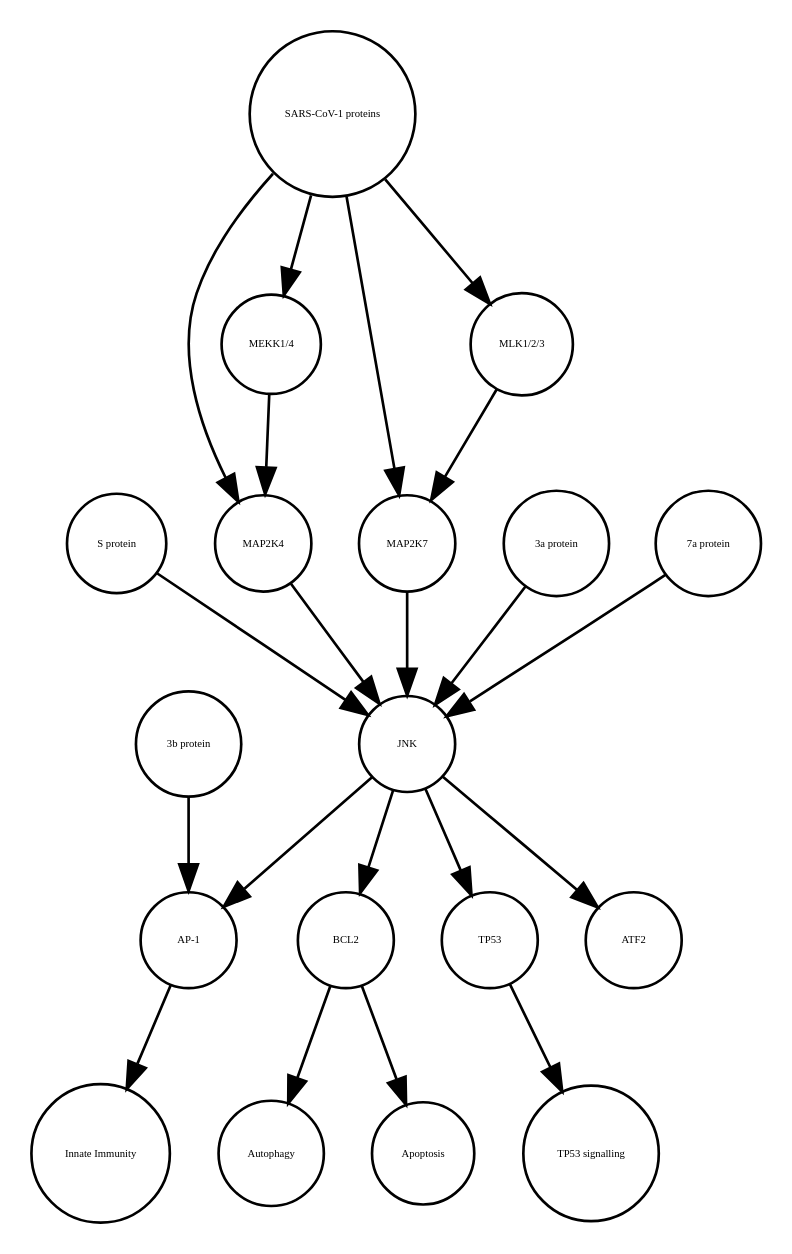
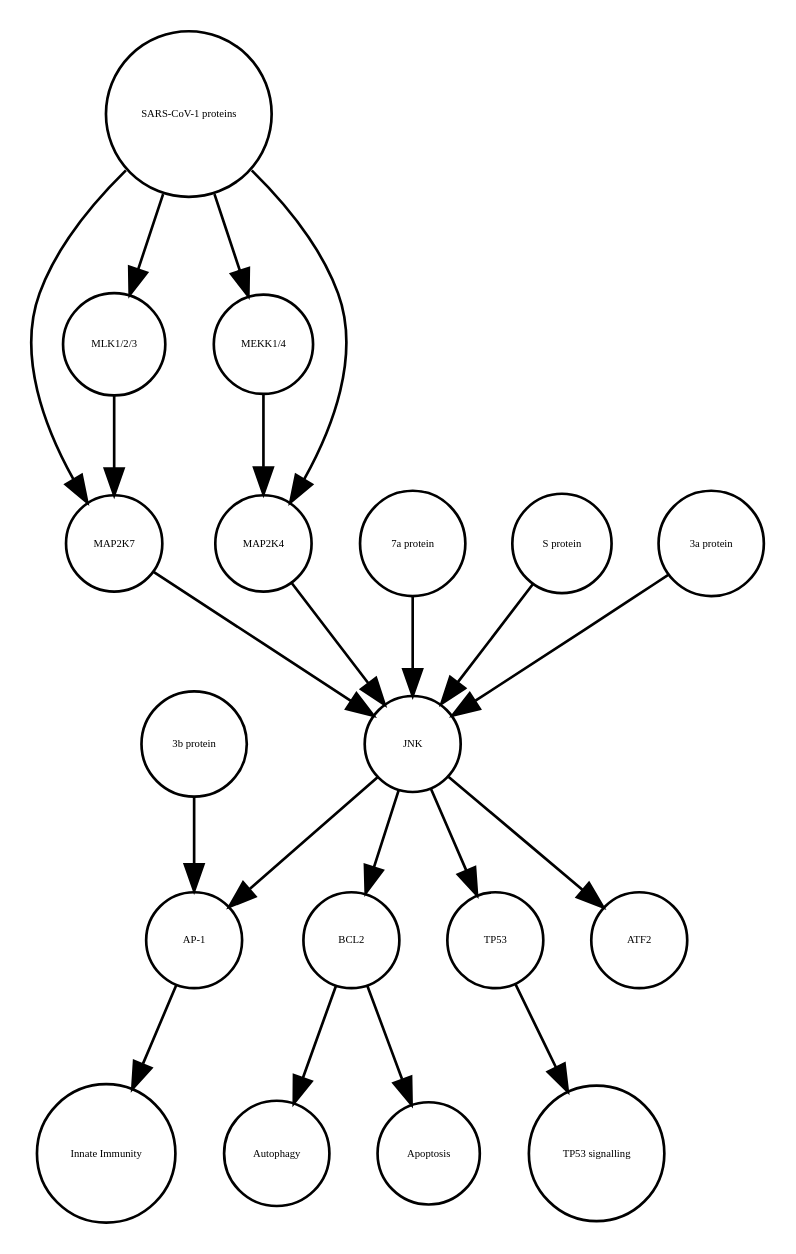
One commit to cannin/covid19-sbgn changed the diagram in JNK_pathway_v2.1.xml_projected.dot. Above: the diagram before and after it, drawn with Graphviz. The commit also changed other lines of this file and 572 other files, not shown here.

```diff
--- a/JNK_pathway_v2.1.xml_projected.dot
+++ b/JNK_pathway_v2.1.xml_projected.dot
@@ -1,40 +1,40 @@
 strict digraph  {
 BCL2 [annotation=urn_miriam_uniprot_P10415, bipartite=0, cls=macromolecule, fontsize=4, label=BCL2, shape=circle];
 Autophagy [annotation="", bipartite=0, cls=phenotype, fontsize=4, label=Autophagy, shape=circle];
 "AP-1" [annotation="", bipartite=0, cls=complex, fontsize=4, label="AP-1", shape=circle];
 "Innate Immunity" [annotation="", bipartite=0, cls=phenotype, fontsize=4, label="Innate Immunity", shape=circle];
 TP53 [annotation=urn_miriam_uniprot_P04637, bipartite=0, cls=macromolecule, fontsize=4, label=TP53, shape=circle];
 "TP53 signalling" [annotation="", bipartite=0, cls=phenotype, fontsize=4, label="TP53 signalling", shape=circle];
 Apoptosis [annotation="", bipartite=0, cls=phenotype, fontsize=4, label=Apoptosis, shape=circle];
+JNK [annotation="", bipartite=0, cls=complex, fontsize=4, label=JNK, shape=circle];
+ATF2 [annotation=urn_miriam_uniprot_P15336, bipartite=0, cls=macromolecule, fontsize=4, label=ATF2, shape=circle];
+MAP2K7 [annotation=urn_miriam_uniprot_O14733, bipartite=0, cls=macromolecule, fontsize=4, label=MAP2K7, shape=circle];
+"MEKK1/4" [annotation="", bipartite=0, cls=complex, fontsize=4, label="MEKK1/4", shape=circle];
+"7a protein" [annotation="", bipartite=0, cls=macromolecule, fontsize=4, label="7a protein", shape=circle];
 "S protein" [annotation="", bipartite=0, cls=macromolecule, fontsize=4, label="S protein", shape=circle];
+"SARS-CoV-1 proteins" [annotation="", bipartite=0, cls=complex, fontsize=4, label="SARS-CoV-1 proteins", shape=circle];
+"3a protein" [annotation="", bipartite=0, cls=macromolecule, fontsize=4, label="3a protein", shape=circle];
+"MLK1/2/3" [annotation="", bipartite=0, cls=complex, fontsize=4, label="MLK1/2/3", shape=circle];
 MAP2K4 [annotation=urn_miriam_uniprot_P45985, bipartite=0, cls=macromolecule, fontsize=4, label=MAP2K4, shape=circle];
-"3a protein" [annotation="", bipartite=0, cls=macromolecule, fontsize=4, label="3a protein", shape=circle];
-MAP2K7 [annotation=urn_miriam_uniprot_O14733, bipartite=0, cls=macromolecule, fontsize=4, label=MAP2K7, shape=circle];
-JNK [annotation="", bipartite=0, cls=complex, fontsize=4, label=JNK, shape=circle];
-"7a protein" [annotation="", bipartite=0, cls=macromolecule, fontsize=4, label="7a protein", shape=circle];
-ATF2 [annotation=urn_miriam_uniprot_P15336, bipartite=0, cls=macromolecule, fontsize=4, label=ATF2, shape=circle];
-"MEKK1/4" [annotation="", bipartite=0, cls=complex, fontsize=4, label="MEKK1/4", shape=circle];
-"SARS-CoV-1 proteins" [annotation="", bipartite=0, cls=complex, fontsize=4, label="SARS-CoV-1 proteins", shape=circle];
-"MLK1/2/3" [annotation="", bipartite=0, cls=complex, fontsize=4, label="MLK1/2/3", shape=circle];
 "3b protein" [annotation="", bipartite=0, cls=macromolecule, fontsize=4, label="3b protein", shape=circle];
 BCL2 -> Autophagy  [annotation="", interaction_type="necessary stimulation"];
 BCL2 -> Apoptosis  [annotation="", interaction_type=inhibition];
 "AP-1" -> "Innate Immunity"  [annotation="", interaction_type="necessary stimulation"];
 TP53 -> "TP53 signalling"  [annotation="", interaction_type="necessary stimulation"];
-"S protein" -> JNK  [annotation=urn_miriam_pubmed_17267381, interaction_type=stimulation];
-MAP2K4 -> JNK  [annotation=urn_miriam_pubmed_17141229, interaction_type=stimulation];
-"3a protein" -> JNK  [annotation=urn_miriam_pubmed_17141229, interaction_type=stimulation];
-MAP2K7 -> JNK  [annotation=urn_miriam_pubmed_17141229, interaction_type=stimulation];
 JNK -> TP53  [annotation="", interaction_type=stimulation];
-JNK -> ATF2  [annotation="", interaction_type=stimulation];
 JNK -> BCL2  [annotation=urn_miriam_pubmed_10567572, interaction_type=stimulation];
 JNK -> "AP-1"  [annotation=urn_miriam_pubmed_21561061, interaction_type=stimulation];
+JNK -> ATF2  [annotation="", interaction_type=stimulation];
+MAP2K7 -> JNK  [annotation=urn_miriam_pubmed_17141229, interaction_type=stimulation];
+"MEKK1/4" -> MAP2K4  [annotation="urn_miriam_pubmed_31226023|urn_miriam_taxonomy_694009", interaction_type=stimulation];
 "7a protein" -> JNK  [annotation=urn_miriam_pubmed_17141229, interaction_type=stimulation];
-"MEKK1/4" -> MAP2K4  [annotation="urn_miriam_pubmed_31226023|urn_miriam_taxonomy_694009", interaction_type=stimulation];
+"S protein" -> JNK  [annotation=urn_miriam_pubmed_17267381, interaction_type=stimulation];
+"SARS-CoV-1 proteins" -> "MEKK1/4"  [annotation="urn_miriam_pubmed_31226023|urn_miriam_taxonomy_694009", interaction_type=stimulation];
+"SARS-CoV-1 proteins" -> MAP2K7  [annotation="urn_miriam_pubmed_31226023|urn_miriam_taxonomy_694009", interaction_type=stimulation];
 "SARS-CoV-1 proteins" -> "MLK1/2/3"  [annotation="urn_miriam_taxonomy_694009|urn_miriam_pubmed_31226023", interaction_type=stimulation];
-"SARS-CoV-1 proteins" -> MAP2K7  [annotation="urn_miriam_pubmed_31226023|urn_miriam_taxonomy_694009", interaction_type=stimulation];
 "SARS-CoV-1 proteins" -> MAP2K4  [annotation="urn_miriam_pubmed_31226023|urn_miriam_taxonomy_694009", interaction_type=stimulation];
-"SARS-CoV-1 proteins" -> "MEKK1/4"  [annotation="urn_miriam_pubmed_31226023|urn_miriam_taxonomy_694009", interaction_type=stimulation];
+"3a protein" -> JNK  [annotation=urn_miriam_pubmed_17141229, interaction_type=stimulation];
 "MLK1/2/3" -> MAP2K7  [annotation="urn_miriam_pubmed_31226023|urn_miriam_taxonomy_694009", interaction_type=stimulation];
+MAP2K4 -> JNK  [annotation=urn_miriam_pubmed_17141229, interaction_type=stimulation];
 "3b protein" -> "AP-1"  [annotation=urn_miriam_pubmed_21561061, interaction_type=stimulation];
 }
```
